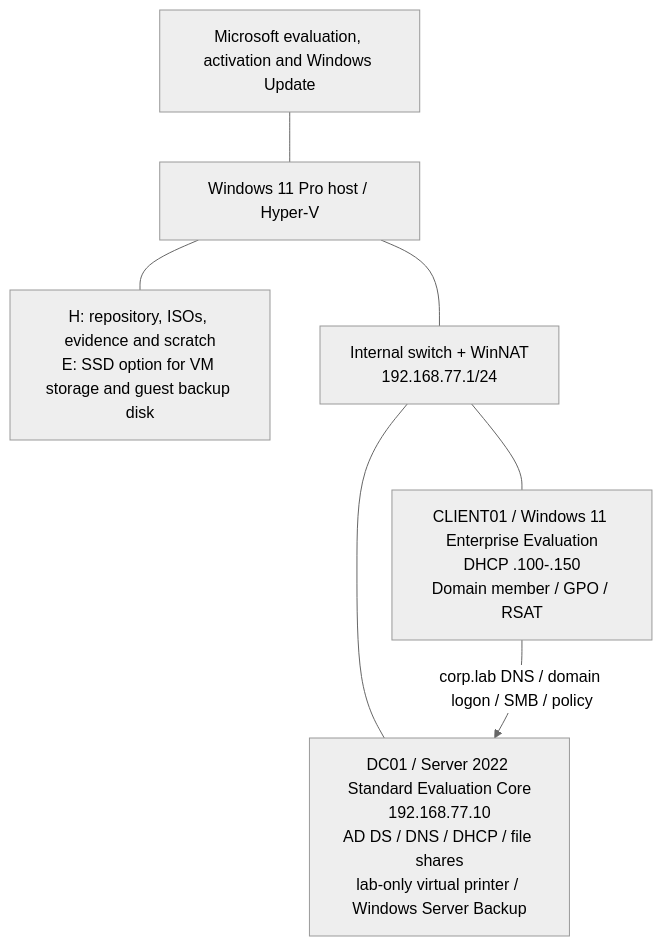
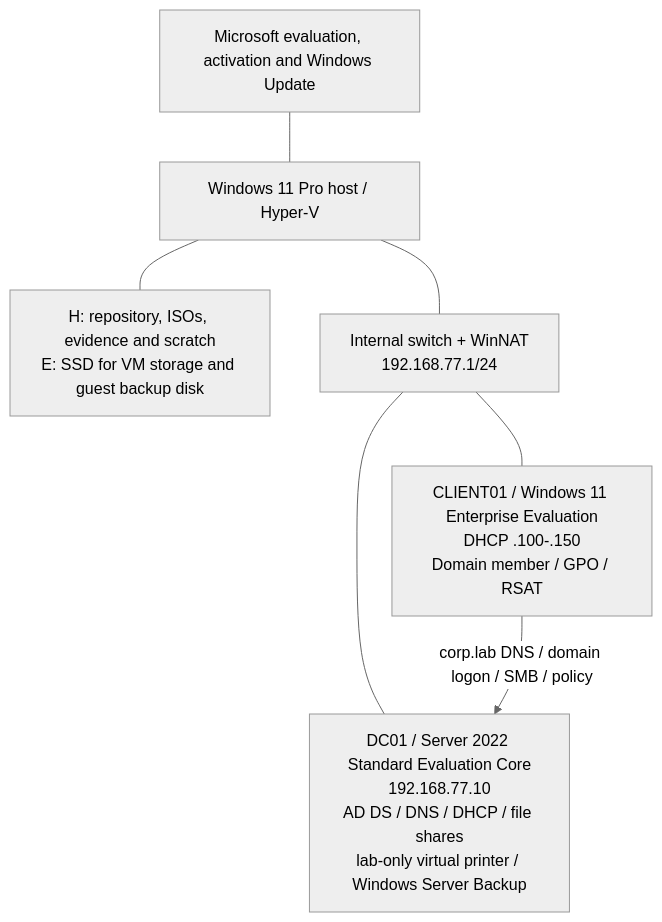
One commit to iamnajib71/windows-ad-lab changed the diagram in README.md. Above: the diagram before and after it, drawn with Mermaid (neutral theme). The commit also changed other lines of this file and 107 other files, not shown here.

````diff
--- a/README.md
+++ b/README.md
@@ -22,15 +28,15 @@
 ```mermaid
 flowchart TB
     Internet[Microsoft evaluation, activation and Windows Update]
     Host[Windows 11 Pro host / Hyper-V]
-    Storage["H: repository, ISOs, evidence and scratch\nE: SSD option for VM storage and guest backup disk"]
+    Storage["H: repository, ISOs, evidence and scratch\nE: SSD for VM storage and guest backup disk"]
     NAT["Internal switch + WinNAT\n192.168.77.1/24"]
     DC["DC01 / Server 2022 Standard Evaluation Core\n192.168.77.10\nAD DS / DNS / DHCP / file shares\nlab-only virtual printer / Windows Server Backup"]
     Client["CLIENT01 / Windows 11 Enterprise Evaluation\nDHCP .100-.150\nDomain member / GPO / RSAT"]
     Internet --- Host
     Host --- Storage
     Host --- NAT
     NAT --- DC
     NAT --- Client
     Client -->|corp.lab DNS / domain logon / SMB / policy| DC
 ```
````
